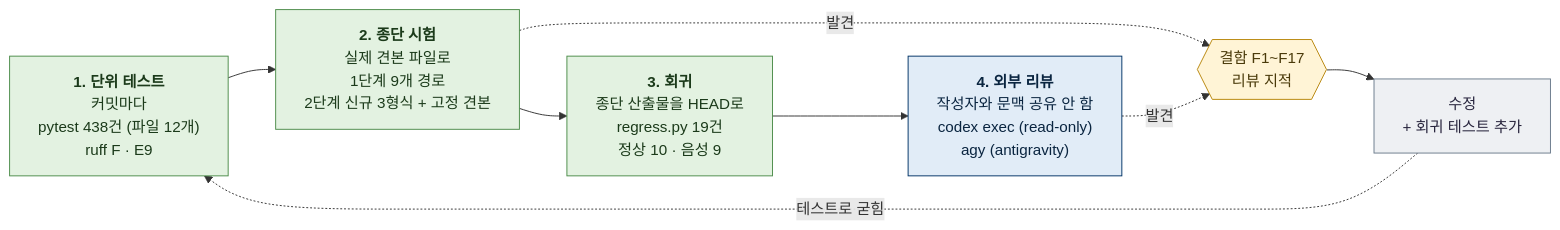
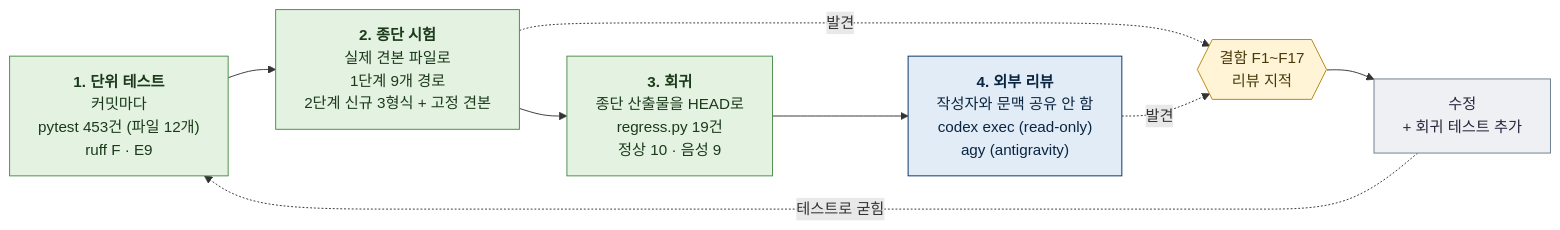
One commit to yarang/skills-for-work changed the diagram in docu-writer/docs/diagrams/quality-layers.mmd. Above: the diagram before and after it, drawn with Mermaid. The commit also changed 11 other files, not shown here.

```diff
--- a/docu-writer/docs/diagrams/quality-layers.mmd
+++ b/docu-writer/docs/diagrams/quality-layers.mmd
@@ -1,23 +1,23 @@
 %% 개발 품질은 네 겹으로 지킨다: 단위 테스트, 실제 파일로 도는 종단 시험, 그 산출물을 HEAD 코드로 다시 돌리는 회귀, 외부 모델 리뷰. 찾은 결함은 고친 뒤 테스트로 굳힌다
 %%{init: {"flowchart": {"wrappingWidth": 360}}}%%
 flowchart LR
-  T1["<b>1. 단위 테스트</b><br/>커밋마다<br/>pytest 438건 (파일 12개)<br/>ruff F · E9"]
+  T1["<b>1. 단위 테스트</b><br/>커밋마다<br/>pytest 453건 (파일 12개)<br/>ruff F · E9"]
   E1["<b>2. 종단 시험</b><br/>실제 견본 파일로<br/>1단계 9개 경로<br/>2단계 신규 3형식 + 고정 견본"]
   G1["<b>3. 회귀</b><br/>종단 산출물을 HEAD로<br/>regress.py 19건<br/>정상 10 · 음성 9"]
   X1["<b>4. 외부 리뷰</b><br/>작성자와 문맥 공유 안 함<br/>codex exec (read-only)<br/>agy (antigravity)"]
   F{{"결함 F1~F17<br/>리뷰 지적"}}
   FIX["수정<br/>+ 회귀 테스트 추가"]
   T1 --> E1 --> G1 --> X1
   E1 -.->|발견| F
   X1 -.->|발견| F
   F --> FIX
   FIX -.->|테스트로 굳힘| T1
 
   classDef done fill:#E3F2E1,stroke:#4C8C4A,color:#1B3A1A
   classDef agent fill:#E1ECF7,stroke:#003366,color:#0A2540
   classDef gate fill:#FFF4D6,stroke:#B8860B,color:#4A3A0A
   classDef main fill:#EEF0F3,stroke:#6B7B8C,color:#28253D
   class T1,E1,G1 done
   class X1 agent
   class F gate
   class FIX main
```
